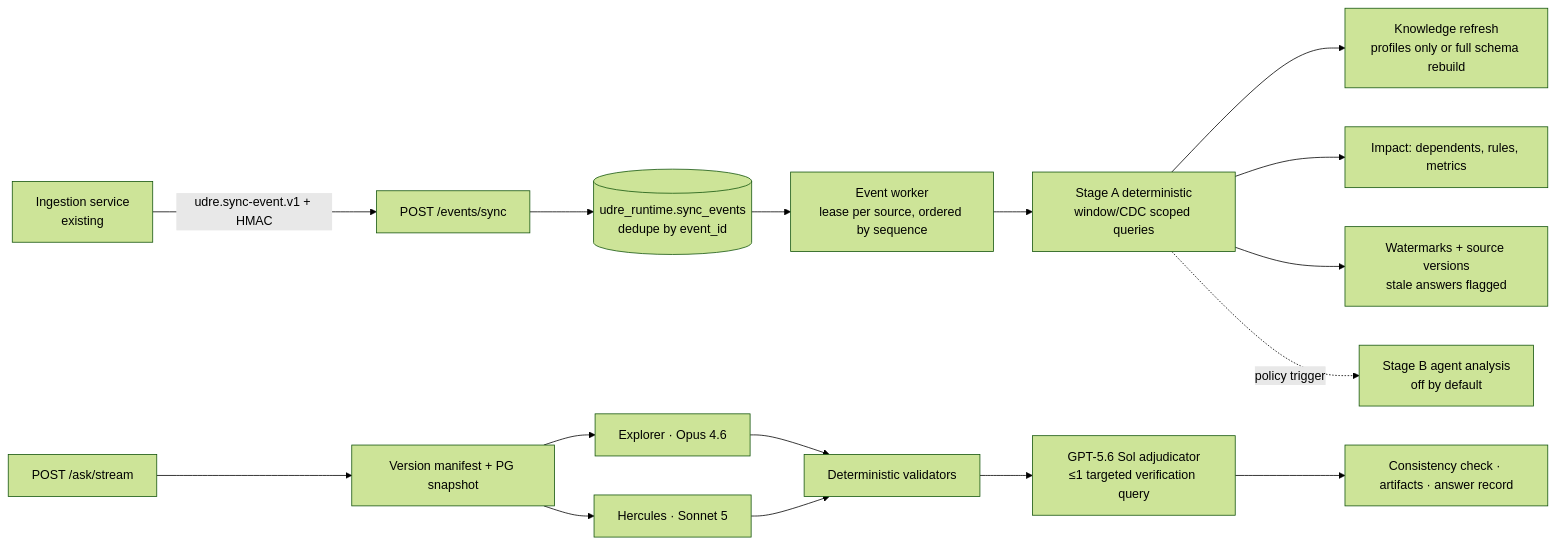
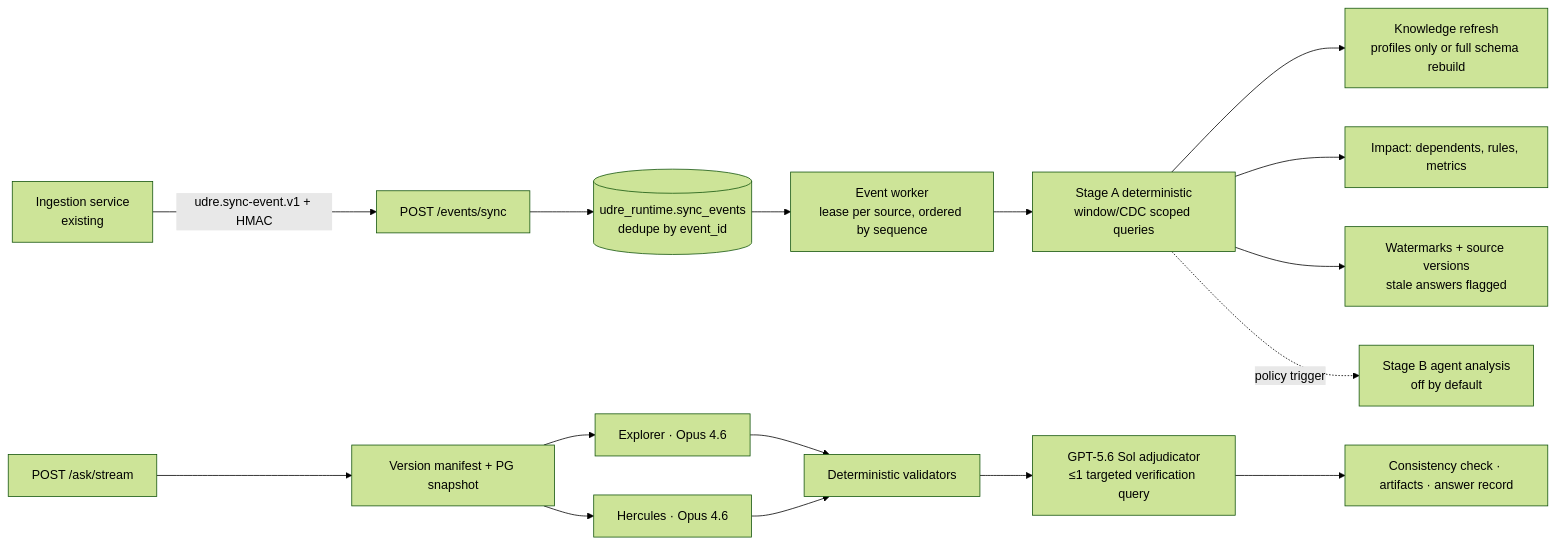
Before and after one commit to Veerainsood/Techackathon-GEP-Oct-2026: the diagram in docs/RUNTIME.md, drawn with Mermaid (forest theme). The commit also changed other lines of this file and 3 other files, not shown here.

Commit message:
Model routing: Explorer and Hercules on Claude Opus 4.6, structured output (adjudicator) on GPT-5.6 Sol, light role on Claude Sonnet 5; role fallbacks

````diff
--- a/docs/RUNTIME.md
+++ b/docs/RUNTIME.md
@@ -26,15 +26,15 @@
 ```mermaid
 flowchart LR
   ING[Ingestion service<br/>existing] -- "udre.sync-event.v1 + HMAC" --> EV[POST /events/sync]
   EV --> ST[(udre_runtime.sync_events<br/>dedupe by event_id)]
   ST --> W[Event worker<br/>lease per source, ordered by sequence]
   W --> A[Stage A deterministic<br/>window/CDC scoped queries]
   A --> K[Knowledge refresh<br/>profiles only or full schema rebuild]
   A --> I[Impact: dependents, rules, metrics]
   A --> M[Watermarks + source versions<br/>stale answers flagged]
   A -. policy trigger .-> B[Stage B agent analysis<br/>off by default]
   Q[POST /ask/stream] --> MAN[Version manifest + PG snapshot]
-  MAN --> EX[Explorer · Opus 4.6] & HE[Hercules · Sonnet 5]
+  MAN --> EX[Explorer · Opus 4.6] & HE[Hercules · Opus 4.6]
   EX & HE --> DV[Deterministic validators] --> ADJ[GPT-5.6 Sol adjudicator<br/>≤1 targeted verification query]
   ADJ --> FIN[Consistency check · artifacts · answer record]
 ```
````
